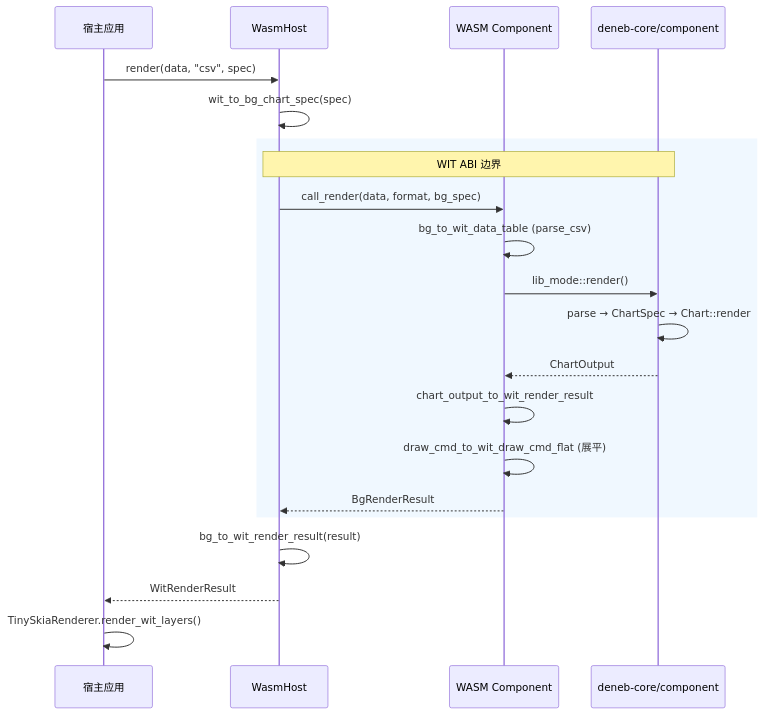
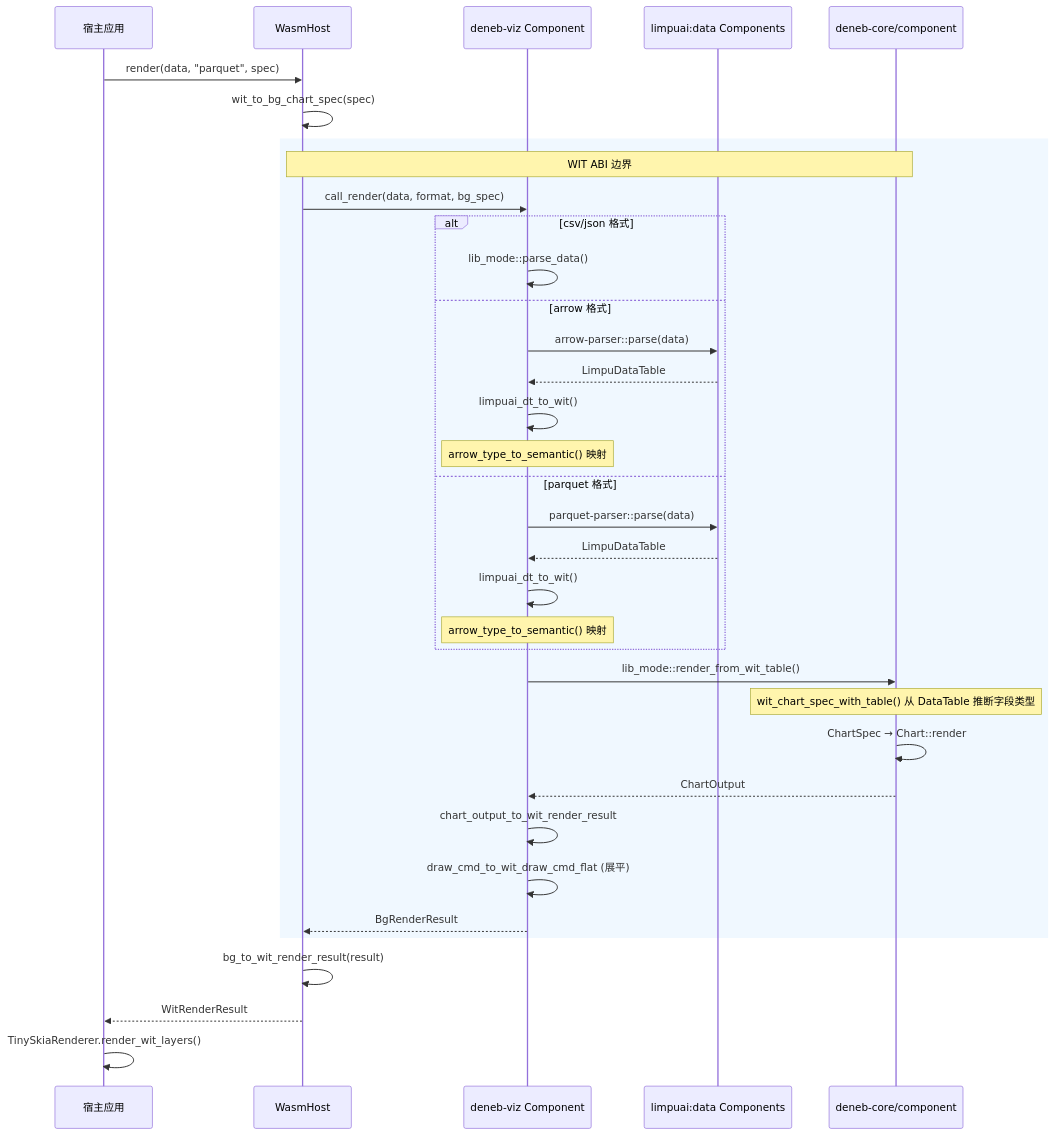
One commit to LimpuAI/deneb-rs changed the third of 4 diagrams in docs/webassembly.md. Above: the diagram before and after it, drawn with Mermaid. The commit also changed other lines of this file and 29 other files, not shown here.

First line of the commit message:
feat: integrate limpuai-wit Arrow/Parquet parsers via WASI Component Model

````diff
--- a/docs/webassembly.md
+++ b/docs/webassembly.md
@@ -148,27 +185,43 @@
 ```mermaid
 sequenceDiagram
     participant App as 宿主应用
     participant Host as WasmHost
-    participant Comp as WASM Component
+    participant Comp as deneb-viz Component
+    participant Parsers as limpuai:data Components
     participant Core as deneb-core/component
 
-    App->>Host: render(data, "csv", spec)
+    App->>Host: render(data, "parquet", spec)
     Host->>Host: wit_to_bg_chart_spec(spec)
 
     rect rgb(240, 248, 255)
         Note over Host,Core: WIT ABI 边界
         Host->>Comp: call_render(data, format, bg_spec)
-        Comp->>Comp: bg_to_wit_data_table (parse_csv)
-        Comp->>Core: lib_mode::render()
-        Core->>Core: parse → ChartSpec → Chart::render
+
+        alt csv/json 格式
+            Comp->>Comp: lib_mode::parse_data()
+        else arrow 格式
+            Comp->>Parsers: arrow-parser::parse(data)
+            Parsers-->>Comp: LimpuDataTable
+            Comp->>Comp: limpuai_dt_to_wit()
+            Note over Comp: arrow_type_to_semantic() 映射
+        else parquet 格式
+            Comp->>Parsers: parquet-parser::parse(data)
+            Parsers-->>Comp: LimpuDataTable
+            Comp->>Comp: limpuai_dt_to_wit()
+            Note over Comp: arrow_type_to_semantic() 映射
+        end
+
+        Comp->>Core: lib_mode::render_from_wit_table()
+        Note over Core: wit_chart_spec_with_table() 从 DataTable 推断字段类型
+        Core->>Core: ChartSpec → Chart::render
         Core-->>Comp: ChartOutput
         Comp->>Comp: chart_output_to_wit_render_result
         Comp->>Comp: draw_cmd_to_wit_draw_cmd_flat (展平)
         Comp-->>Host: BgRenderResult
     end
 
     Host->>Host: bg_to_wit_render_result(result)
     Host-->>App: WitRenderResult
 
     App->>App: TinySkiaRenderer.render_wit_layers()
 ```
````
